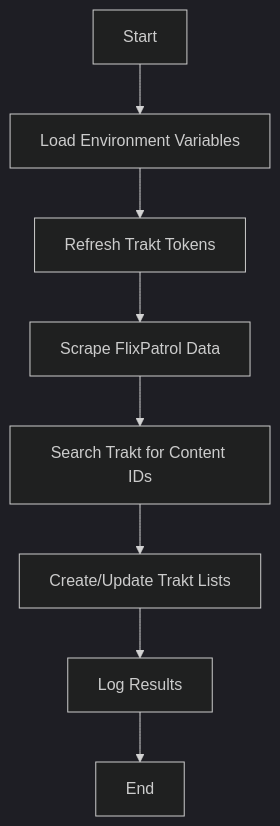
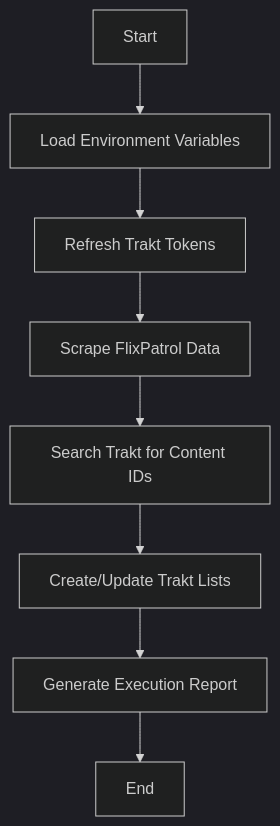
The diagram in README.md (pcarrasqueira/top-streaming-services-data-portugal), drawn with Mermaid (dark theme) before and after one commit. The commit also changed other lines of this file and 10 other files, not shown here.

First line of the commit message:
Complete project modernization: Security fixes, code quality improvements, and architectural refactoring (#4)

````diff
--- a/README.md
+++ b/README.md
@@ -193,10 +188,10 @@
 ```mermaid
 graph TD
     A[Start] --> B[Load Environment Variables]
     B --> C[Refresh Trakt Tokens]
     C --> D[Scrape FlixPatrol Data]
     D --> E[Search Trakt for Content IDs]
     E --> F[Create/Update Trakt Lists]
-    F --> G[Log Results]
+    F --> G[Generate Execution Report]
     G --> H[End]
 ```
````
